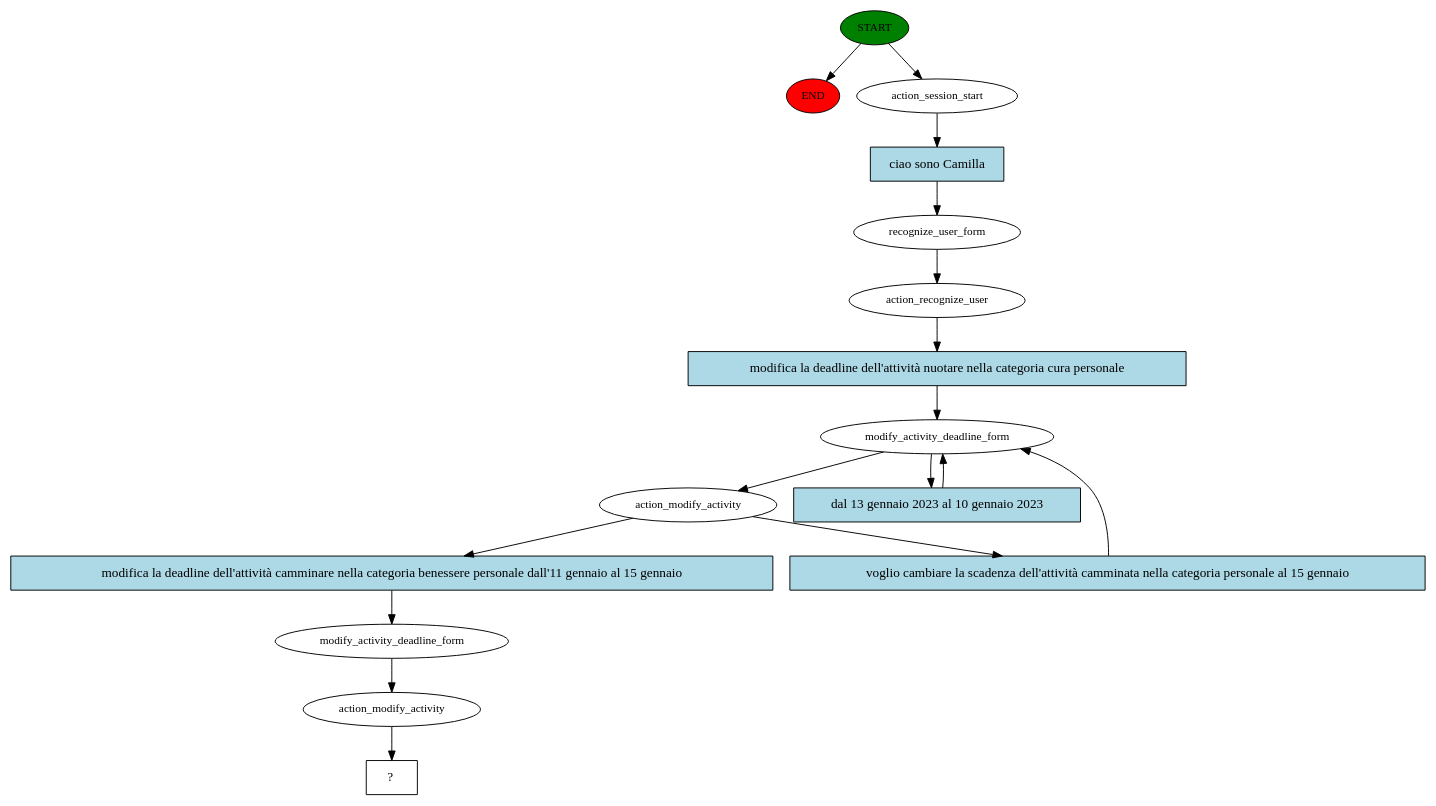
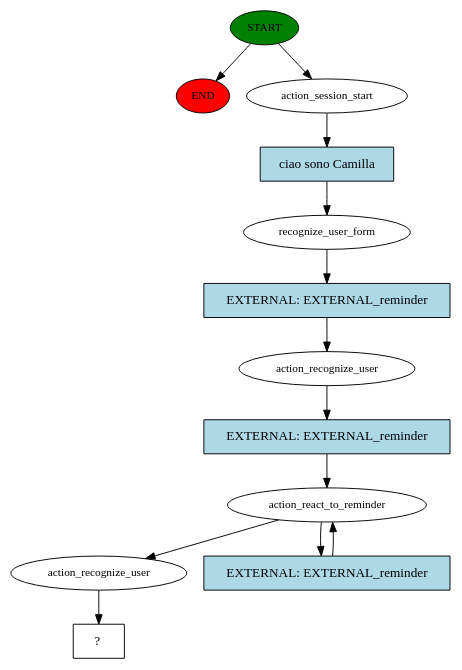
Before and after one commit to CamillaSpi/AI-To-Do-Assistant-Robot: the diagram in src/rasa_ros/Cogrob_rasa_midterm/story_graph.dot, drawn with Graphviz. The commit also changed 9 other files, not shown here.

```diff
--- a/src/rasa_ros/Cogrob_rasa_midterm/story_graph.dot
+++ b/src/rasa_ros/Cogrob_rasa_midterm/story_graph.dot
@@ -1,33 +1,26 @@
 digraph  {
 0 [class="start active", fillcolor=green, fontsize=12, label=START, style=filled];
 "-1" [class=end, fillcolor=red, fontsize=12, label=END, style=filled];
 1 [class=active, fontsize=12, label=action_session_start];
 2 [class=active, fontsize=12, label=recognize_user_form];
 3 [class=active, fontsize=12, label=action_recognize_user];
-4 [class=active, fontsize=12, label=modify_activity_deadline_form];
-6 [class=active, fontsize=12, label=action_modify_activity];
-12 [class=active, fontsize=12, label=modify_activity_deadline_form];
-13 [class=active, fontsize=12, label=action_modify_activity];
-14 [class="intent dashed active", label="  ?  ", shape=rect];
-15 [class="intent active", fillcolor=lightblue, label="ciao sono Camilla", shape=rect, style=filled];
-16 [class="intent active", fillcolor=lightblue, label="modifica la deadline dell'attività nuotare nella categoria cura personale", shape=rect, style=filled];
-17 [class="intent active", fillcolor=lightblue, label="dal 13 gennaio 2023 al 10 gennaio 2023", shape=rect, style=filled];
-18 [class="intent active", fillcolor=lightblue, label="modifica la deadline dell'attività camminare nella categoria benessere personale dall'11 gennaio al 15 gennaio", shape=rect, style=filled];
-19 [class="intent active", fillcolor=lightblue, label="voglio cambiare la scadenza dell'attività camminata nella categoria personale al 15 gennaio", shape=rect, style=filled];
+4 [class=active, fontsize=12, label=action_react_to_reminder];
+10 [class=active, fontsize=12, label=action_recognize_user];
+11 [class="intent dashed active", label="  ?  ", shape=rect];
+12 [class="intent active", fillcolor=lightblue, label="ciao sono Camilla", shape=rect, style=filled];
+13 [class="intent active", fillcolor=lightblue, label="EXTERNAL: EXTERNAL_reminder", shape=rect, style=filled];
+14 [class="intent active", fillcolor=lightblue, label="EXTERNAL: EXTERNAL_reminder", shape=rect, style=filled];
+15 [class="intent active", fillcolor=lightblue, label="EXTERNAL: EXTERNAL_reminder", shape=rect, style=filled];
 0 -> "-1"  [class="", key=NONE, label=""];
 0 -> 1  [class=active, key=NONE, label=""];
-1 -> 15  [class=active, key=0];
-2 -> 3  [class=active, key=NONE, label=""];
-3 -> 16  [class=active, key=0];
-4 -> 6  [class=active, key=NONE, label=""];
-4 -> 17  [class=active, key=0];
-6 -> 18  [class=active, key=0];
-6 -> 19  [class=active, key=0];
-12 -> 13  [class=active, key=NONE, label=""];
-13 -> 14  [class=active, key=NONE, label=""];
-15 -> 2  [class=active, key=0];
-16 -> 4  [class=active, key=0];
-17 -> 4  [class=active, key=0];
-18 -> 12  [class=active, key=0];
-19 -> 4  [class=active, key=0];
+1 -> 12  [class=active, key=0];
+2 -> 13  [class=active, key=0];
+3 -> 14  [class=active, key=0];
+4 -> 10  [class=active, key=NONE, label=""];
+4 -> 15  [class=active, key=0];
+10 -> 11  [class=active, key=NONE, label=""];
+12 -> 2  [class=active, key=0];
+13 -> 3  [class=active, key=0];
+14 -> 4  [class=active, key=0];
+15 -> 4  [class=active, key=0];
 }
```
